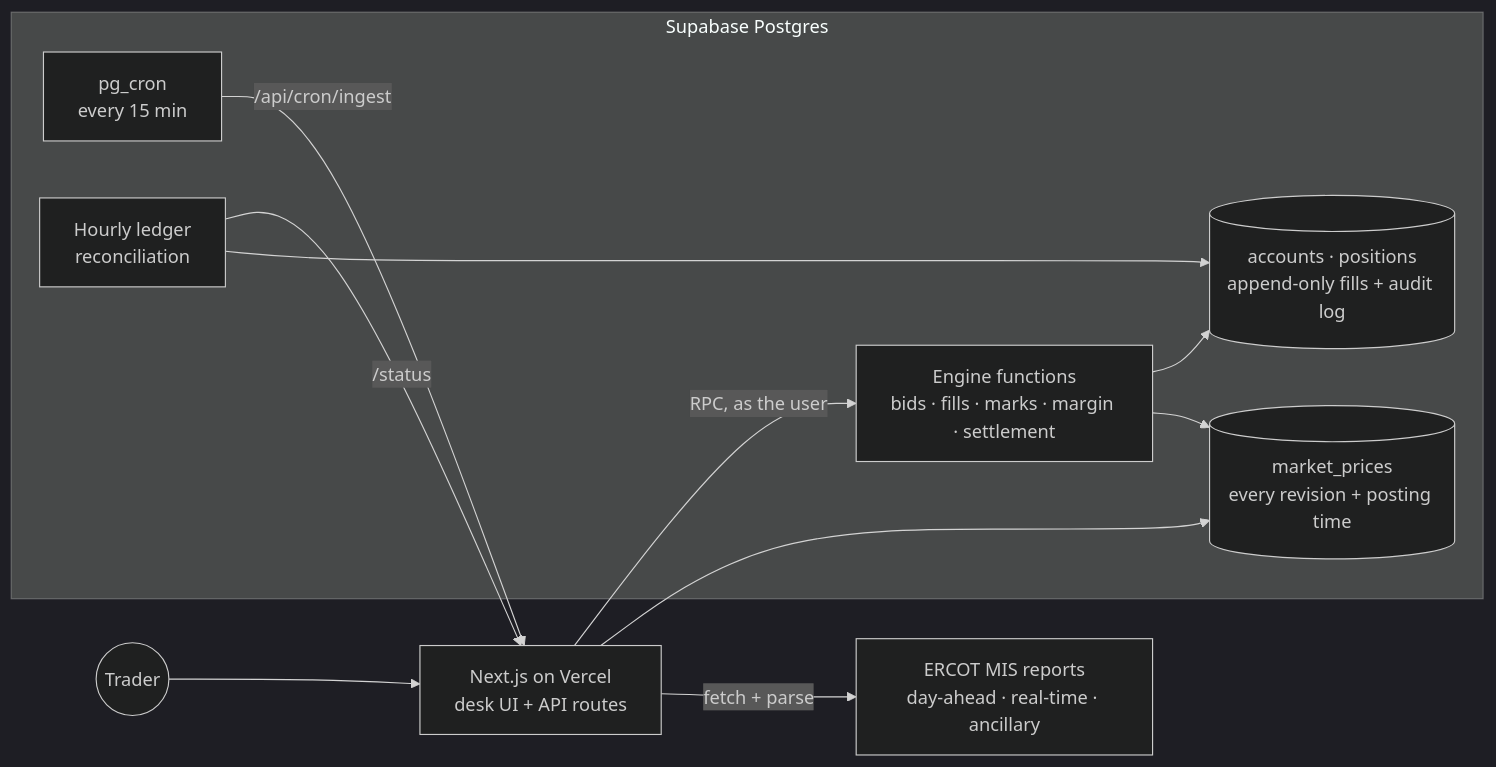
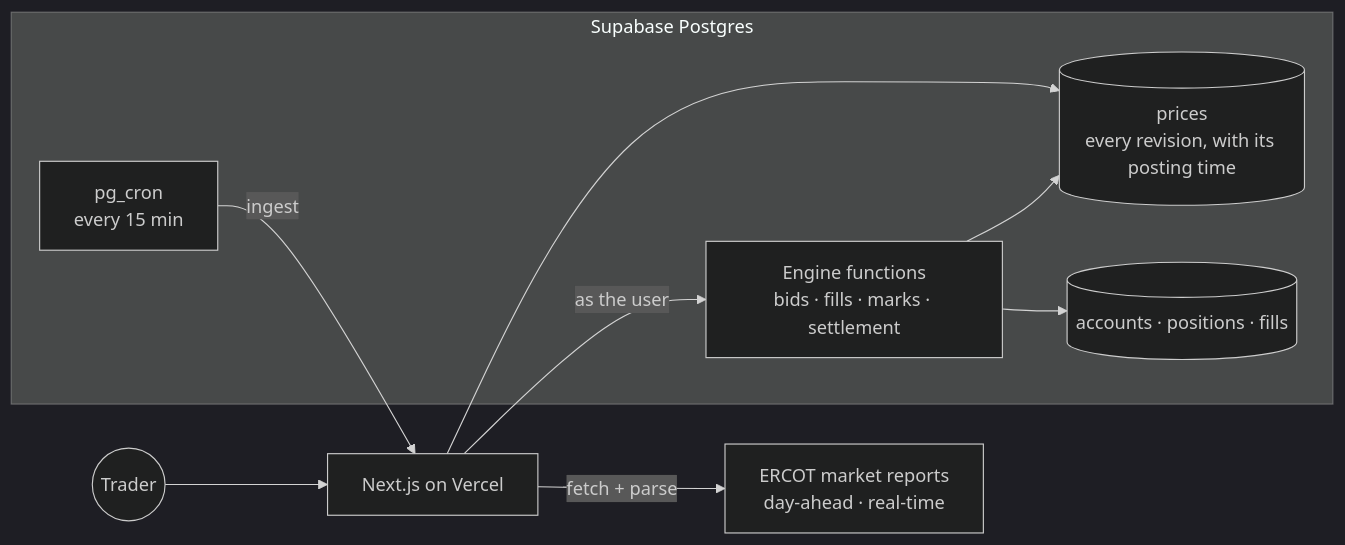
One commit to Devligan/powerflow changed the diagram in README.md. Above: the diagram before and after it, drawn with Mermaid (dark theme). The commit also changed other lines of this file and 13 other files, not shown here.

````diff
--- a/README.md
+++ b/README.md
@@ -120,23 +105,20 @@
 ```mermaid
 flowchart LR
-    ERCOT["ERCOT MIS reports<br/>day-ahead · real-time · ancillary"]
+    ERCOT["ERCOT market reports<br/>day-ahead · real-time"]
     subgraph Postgres["Supabase Postgres"]
         cron["pg_cron<br/>every 15 min"]
-        prices[("market_prices<br/>every revision + posting time")]
-        engine["Engine functions<br/>bids · fills · marks · margin · settlement"]
-        books[("accounts · positions<br/>append-only fills + audit log")]
-        audit["Hourly ledger<br/>reconciliation"]
+        prices[("prices<br/>every revision, with its posting time")]
+        engine["Engine functions<br/>bids · fills · marks · settlement"]
+        books[("accounts · positions · fills")]
     end
-    app["Next.js on Vercel<br/>desk UI + API routes"]
+    app["Next.js on Vercel"]
     trader(("Trader"))
 
-    cron -->|"/api/cron/ingest"| app
+    cron -->|"ingest"| app
     app -->|"fetch + parse"| ERCOT
     app --> prices
     trader --> app
-    app -->|"RPC, as the user"| engine
+    app -->|"as the user"| engine
     engine --> prices
     engine --> books
-    audit --> books
-    audit -->|"/status"| app
 ```
````
